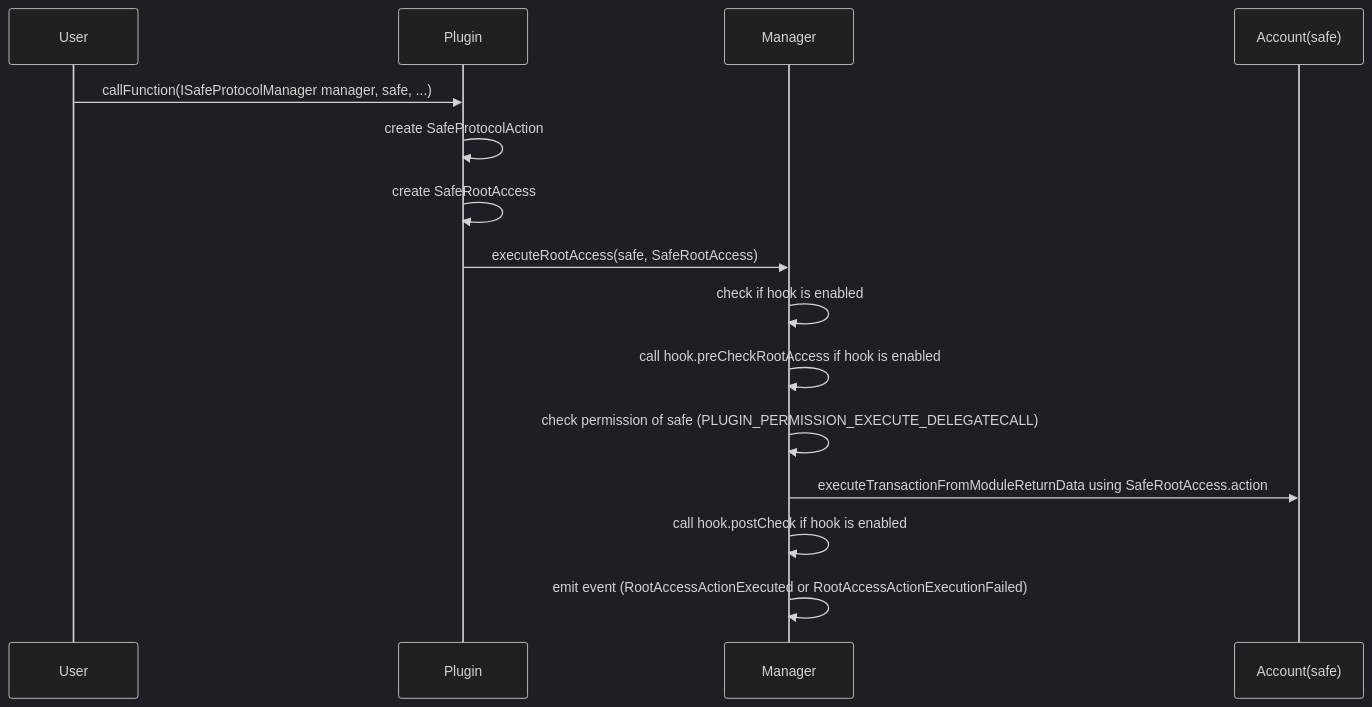
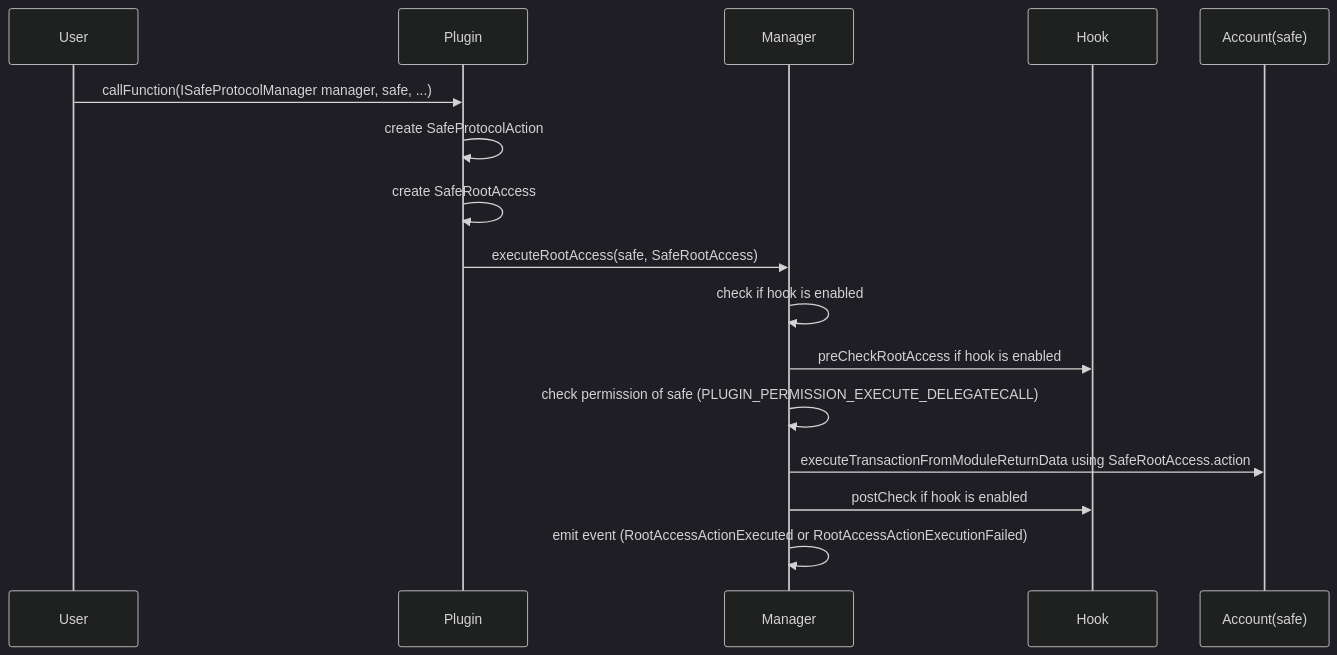
The seventh of 8 diagrams in README.md (aisuzuki/safe-protocol-example), drawn with Mermaid (dark theme) before and after one commit. The commit also changed other lines of this file, not shown here.

````diff
--- a/README.md
+++ b/README.md
@@ -113,19 +160,20 @@
 ```mermaid
 sequenceDiagram
     participant User
     participant Plugin
     participant Manager
+    participant Hook
     participant Account as Account(safe)
 
     User->>Plugin: callFunction(ISafeProtocolManager manager, safe, ...)
     Plugin->>Plugin: create SafeProtocolAction
     Plugin->>Plugin: create SafeRootAccess
     Plugin->>Manager: executeRootAccess(safe, SafeRootAccess)
     Manager->>Manager: check if hook is enabled
-    Manager->>Manager: call hook.preCheckRootAccess if hook is enabled
+    Manager->>Hook: preCheckRootAccess if hook is enabled
     Manager->>Manager: check permission of safe (PLUGIN_PERMISSION_EXECUTE_DELEGATECALL)
     Manager->>Account: executeTransactionFromModuleReturnData using SafeRootAccess.action
-    Manager->>Manager: call hook.postCheck if hook is enabled
+    Manager->>Hook: postCheck if hook is enabled
     Manager->>Manager: emit event (RootAccessActionExecuted or RootAccessActionExecutionFailed)
 
 ```
````
